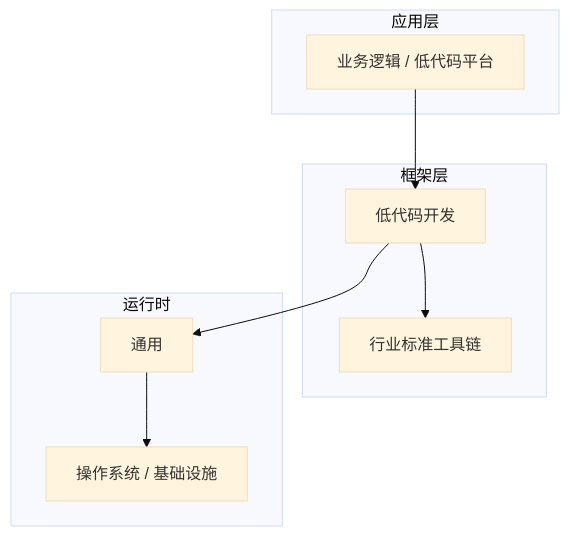
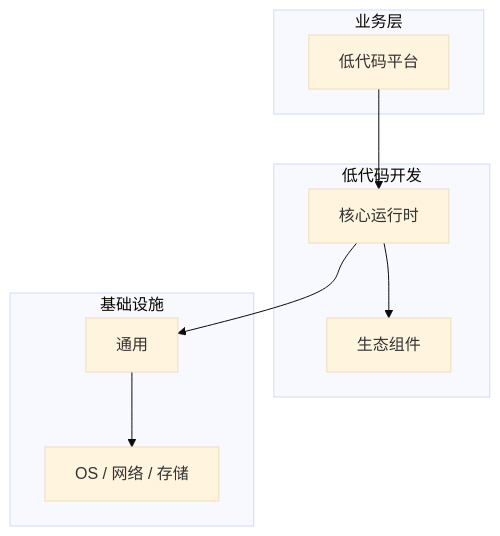
Before and after one commit to yanggan2015/knowledge-json-v2: the diagram in articles/低代码开发/chapters/041-低代码平台核心概念与原理.md, drawn with Mermaid (base theme). The commit also changed other lines of this file and 10127 other files, not shown here.

````diff
--- a/articles/低代码开发/chapters/041-低代码平台核心概念与原理.md
+++ b/articles/低代码开发/chapters/041-低代码平台核心概念与原理.md
@@ -45,18 +30,18 @@
 ```mermaid
 graph TB
-    subgraph 应用层
-        A[业务逻辑 / 低代码平台]
+    subgraph 业务层
+        A[低代码平台]
     end
-    subgraph 框架层
-        B[低代码开发]
-        C[行业标准工具链]
+    subgraph 低代码开发
+        B[核心运行时]
+        C[生态组件]
     end
-    subgraph 运行时
+    subgraph 基础设施
         D[通用]
-        E[操作系统 / 基础设施]
+        E[OS / 网络 / 存储]
     end
     A --> B
     B --> C
     B --> D
     D --> E
 ```
````
